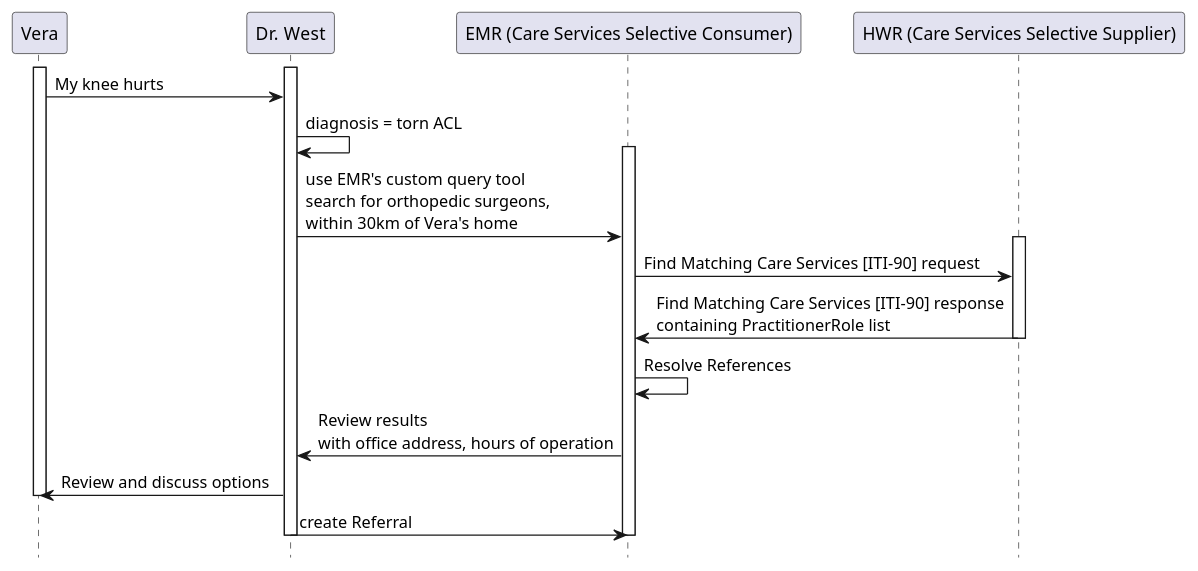
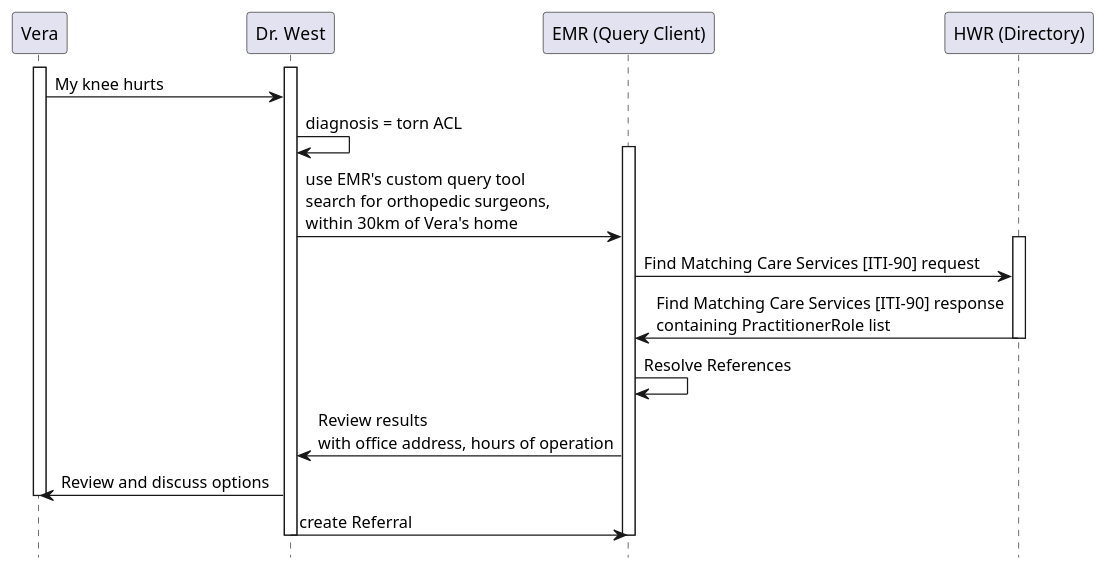
The diagram in input/images-source/usecase1-processflow.plantuml (IHE/ITI.mCSD), drawn with PlantUML before and after one commit. The commit also changed 9 other files, not shown here.

Commit message:
Updated transaction and use case diagrams for the new actor names.

```diff
--- a/input/images-source/usecase1-processflow.plantuml
+++ b/input/images-source/usecase1-processflow.plantuml
@@ -1,25 +1,25 @@
 @startuml
 hide footbox
 participant "Vera" as Patient
 participant "Dr. West" as Doctor
-participant "EMR (Care Services Selective Consumer)" as EMR
-participant "HWR (Care Services Selective Supplier)" as HWR
+participant "EMR (Query Client)" as EMR
+participant "HWR (Directory)" as HWR
 
 activate Patient
 activate Doctor
 Patient -> Doctor: My knee hurts
 Doctor -> Doctor: diagnosis = torn ACL
 activate EMR
 Doctor -> EMR: use EMR's custom query tool \nsearch for orthopedic surgeons, \nwithin 30km of Vera's home
 activate HWR
 EMR-> HWR: Find Matching Care Services [ITI-90] request
 HWR -> EMR: Find Matching Care Services [ITI-90] response\ncontaining PractitionerRole list
 deactivate HWR
 EMR -> EMR: Resolve References
 EMR -> Doctor : Review results\nwith office address, hours of operation
 Doctor -> Patient: Review and discuss options
 deactivate Patient
 Doctor -> EMR: create Referral
 deactivate Doctor
 deactivate EMR
 @enduml
```
